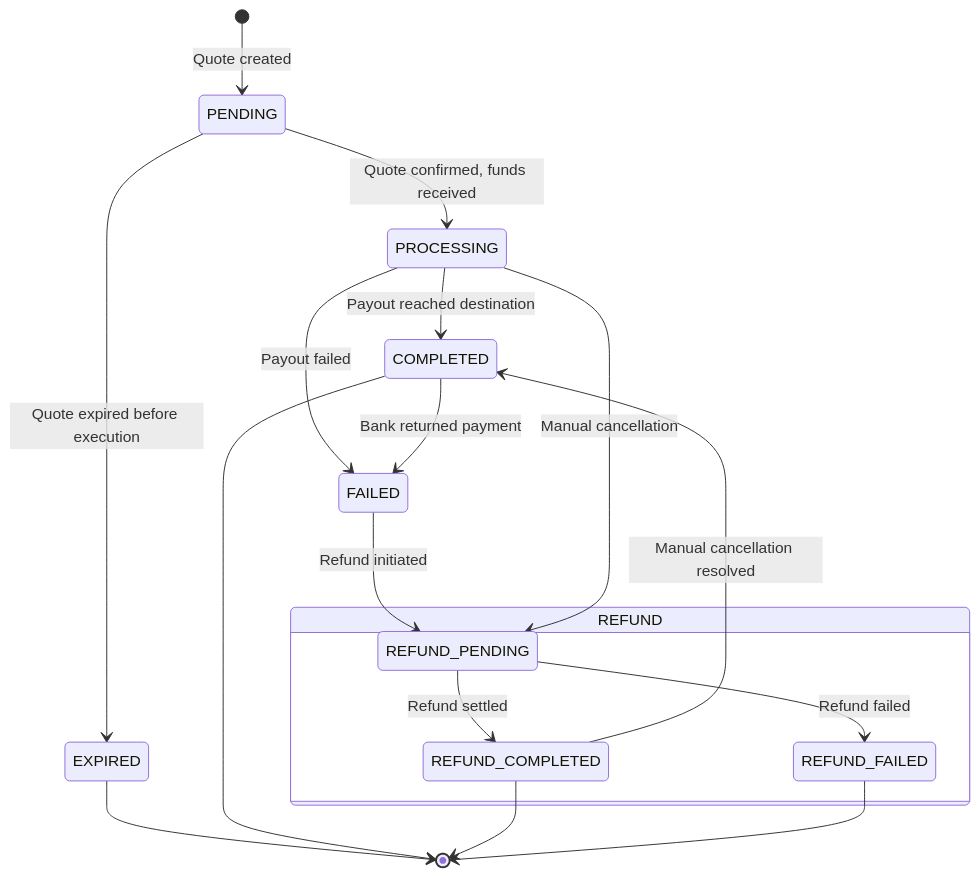
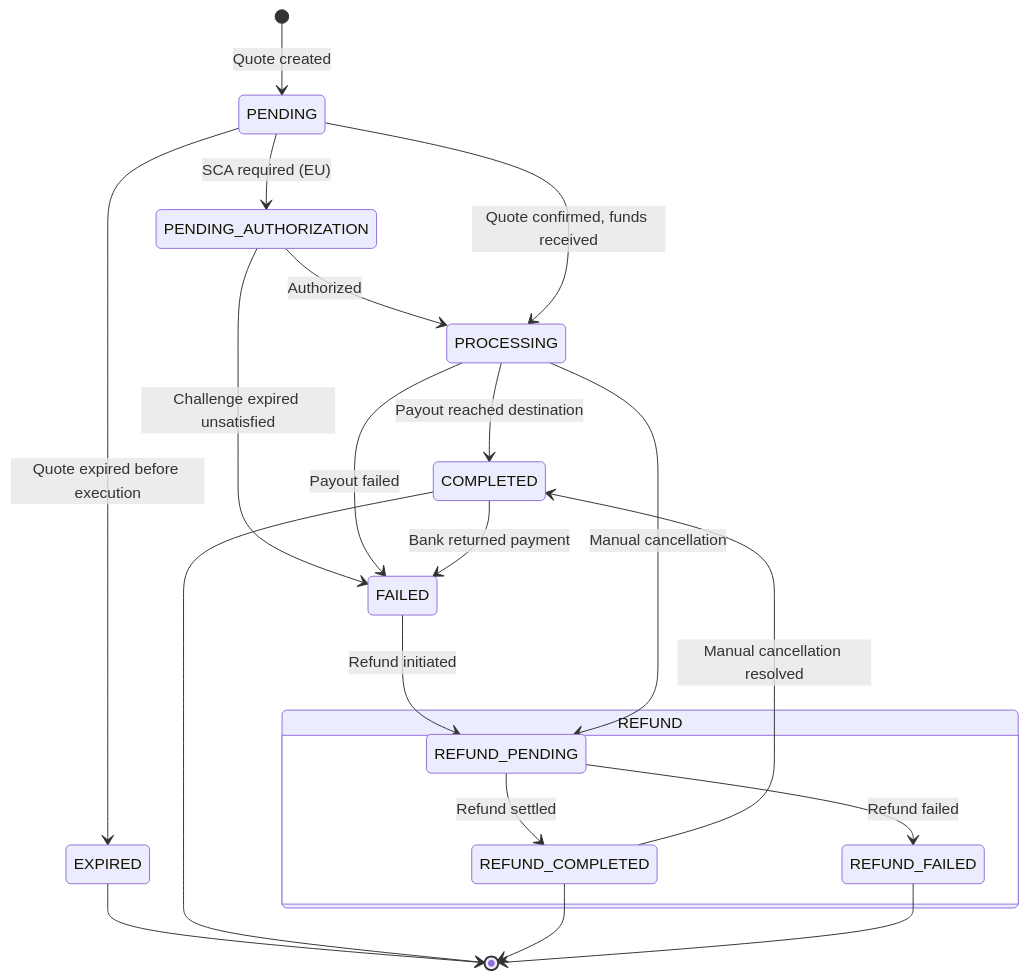
Before and after one commit to lightsparkdev/grid-api: the diagram in mintlify/platform-overview/core-concepts/transaction-lifecycle.mdx, drawn with Mermaid. The commit also changed other lines of this file and 6 other files, not shown here.

First line of the commit message:
docs: sync documentation with SCA schema changes (#701)

````diff
--- a/mintlify/platform-overview/core-concepts/transaction-lifecycle.mdx
+++ b/mintlify/platform-overview/core-concepts/transaction-lifecycle.mdx
@@ -136,20 +137,23 @@
 ```mermaid
 stateDiagram-v2
     [*] --> PENDING : Quote created
+    PENDING --> PENDING_AUTHORIZATION : SCA required (EU)
+    PENDING_AUTHORIZATION --> PROCESSING : Authorized
+    PENDING_AUTHORIZATION --> FAILED : Challenge expired unsatisfied
     PENDING --> PROCESSING : Quote confirmed, funds received
     PENDING --> EXPIRED : Quote expired before execution
     PROCESSING --> COMPLETED : Payout reached destination
     PROCESSING --> FAILED : Payout failed
     COMPLETED --> FAILED : Bank returned payment
     FAILED --> REFUND_PENDING : Refund initiated
     PROCESSING --> REFUND_PENDING : Manual cancellation
     state "REFUND" as refund {
         REFUND_PENDING --> REFUND_COMPLETED : Refund settled
         REFUND_PENDING --> REFUND_FAILED : Refund failed
     }
     REFUND_COMPLETED --> COMPLETED : Manual cancellation resolved
     EXPIRED --> [*]
     COMPLETED --> [*]
     REFUND_COMPLETED --> [*]
     REFUND_FAILED --> [*]
 ```
````
